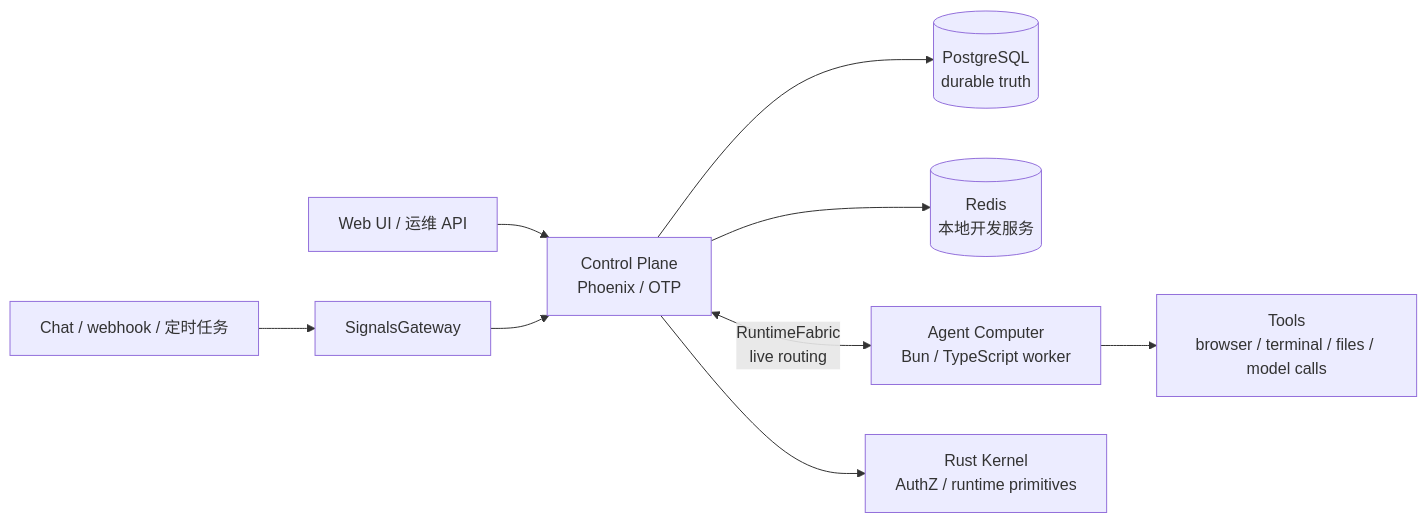
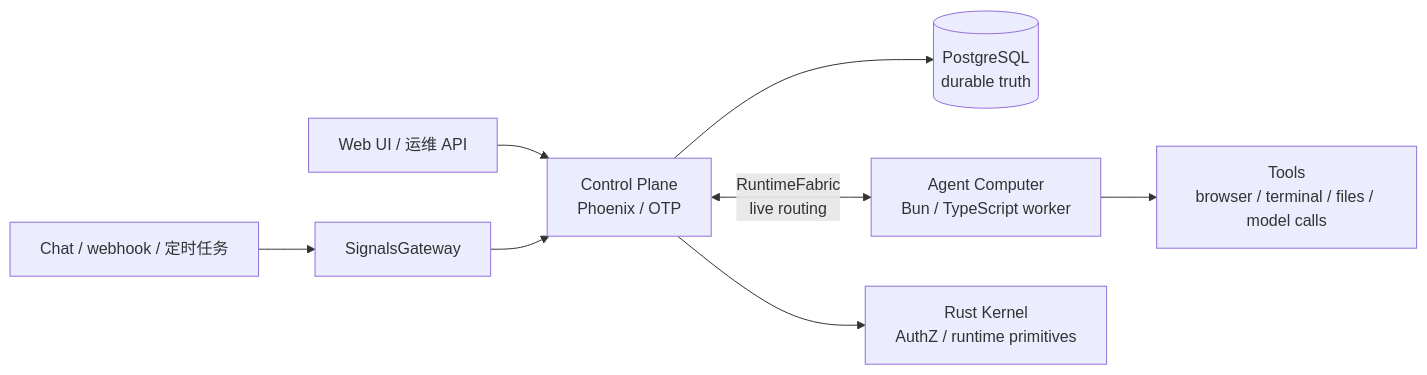
The diagram in README.zh-Hans.md (AgentBull/ankole), drawn with Mermaid before and after one commit. The commit also changed other lines of this file and 823 other files, not shown here.

````diff
--- a/README.zh-Hans.md
+++ b/README.zh-Hans.md
@@ -65,14 +65,13 @@
 ```mermaid
 flowchart LR
   Providers["Chat / webhook / 定时任务"] --> SG["SignalsGateway"]
   Console["Web UI / 运维 API"] --> CP["Control Plane<br/>Phoenix / OTP"]
 
   SG --> CP
   CP --> PG[("PostgreSQL<br/>durable truth")]
-  CP --> Redis[("Redis<br/>本地开发服务")]
 
   CP <-->|"RuntimeFabric<br/>live routing"| Worker["Agent Computer<br/>Bun / TypeScript worker"]
 
   Worker --> Tools["Tools<br/>browser / terminal / files / model calls"]
   CP --> Kernel["Rust Kernel<br/>AuthZ / runtime primitives"]
 ```
````
